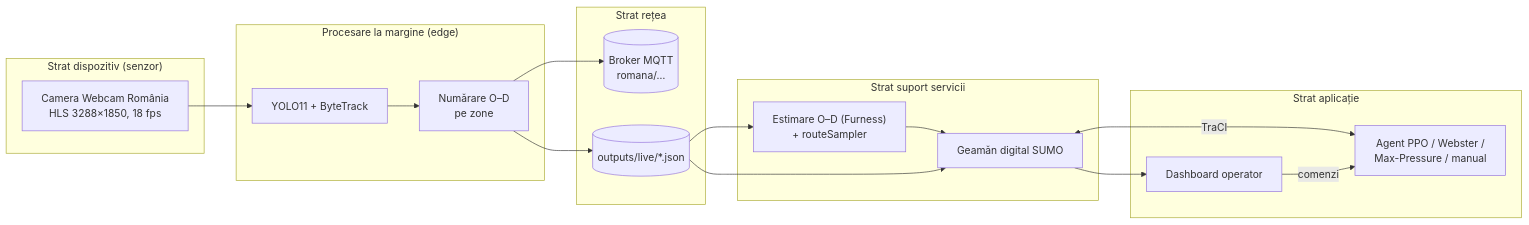
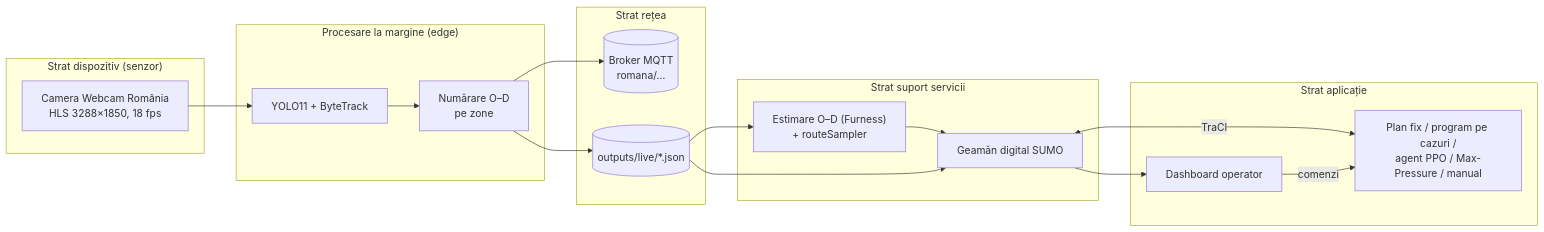
One commit to NiuninMatei/Semaforizare_Piata_Romana changed the diagram in docs/DOCUMENTATIE.md. Above: the diagram before and after it, drawn with Mermaid. The commit also changed other lines of this file and 3 other files, not shown here.

````diff
--- a/docs/DOCUMENTATIE.md
+++ b/docs/DOCUMENTATIE.md
@@ -94,27 +94,27 @@
 ```mermaid
 flowchart LR
   subgraph Dispozitiv["Strat dispozitiv (senzor)"]
     CAM["Camera Webcam România<br/>HLS 3288×1850, 18 fps"]
   end
   subgraph Edge["Procesare la margine (edge)"]
     YOLO["YOLO11 + ByteTrack"] --> OD["Numărare O–D<br/>pe zone"]
   end
   subgraph Retea["Strat rețea"]
     MQTT[("Broker MQTT<br/>romana/…")]
     JSON[("outputs/live/*.json")]
   end
   subgraph Servicii["Strat suport servicii"]
     EST["Estimare O–D (Furness)<br/>+ routeSampler"] --> SUMO["Geamăn digital SUMO"]
   end
   subgraph Aplicatie["Strat aplicație"]
-    RL["Agent PPO / Webster /<br/>Max-Pressure / manual"]
+    RL["Plan fix / program pe cazuri /<br/>agent PPO / Max-Pressure / manual"]
     UI["Dashboard operator"]
   end
   CAM --> YOLO
   OD --> MQTT & JSON
   JSON --> EST
   JSON --> SUMO
   SUMO <-->|TraCI| RL
   SUMO --> UI
   UI -->|comenzi| RL
 ```
````
